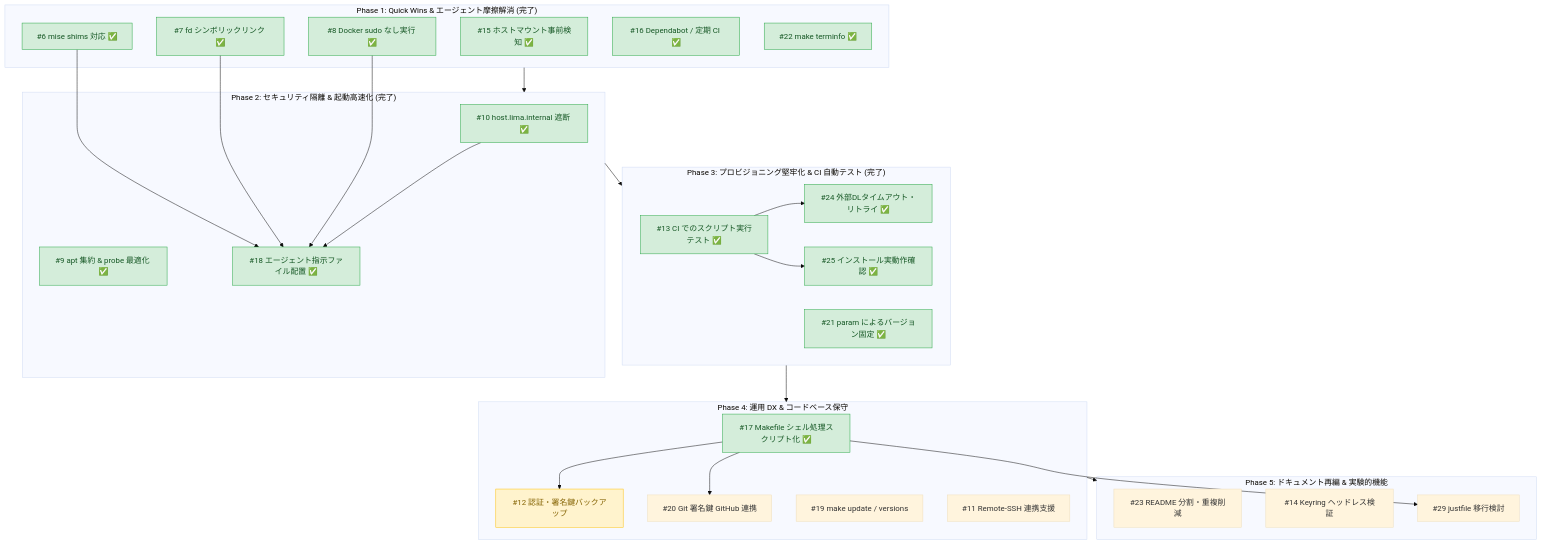
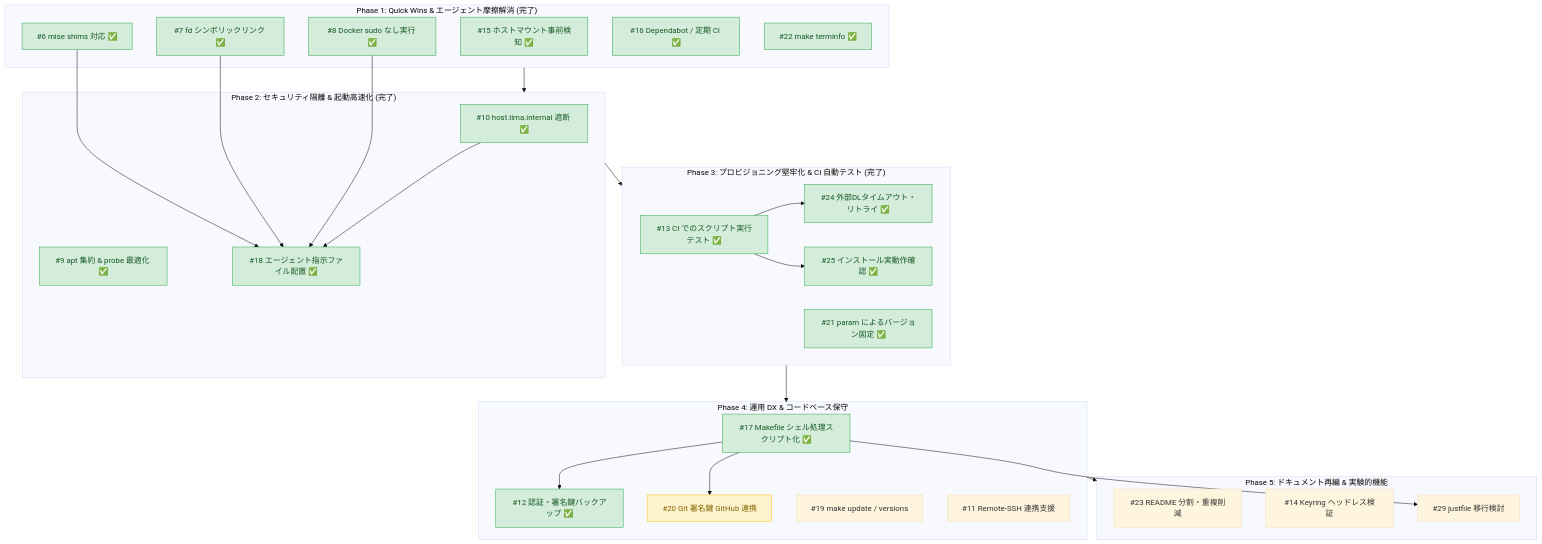
The diagram in docs/issue-prioritization.md (ikuy1203/lima-coding-sandbox), drawn with Mermaid (base theme) before and after one commit. The commit also changed other lines of this file and 7 other files, not shown here.

````diff
--- a/docs/issue-prioritization.md
+++ b/docs/issue-prioritization.md
@@ -92,57 +94,57 @@
 ```mermaid
 flowchart TD
     subgraph Phase1["Phase 1: Quick Wins & エージェント摩擦解消 (完了)"]
         I15["#15 ホストマウント事前検知 ✅"]
         I7["#7 fd シンボリックリンク ✅"]
         I8["#8 Docker sudo なし実行 ✅"]
         I6["#6 mise shims 対応 ✅"]
         I16["#16 Dependabot / 定期 CI ✅"]
         I22["#22 make terminfo ✅"]
     end
 
     subgraph Phase2["Phase 2: セキュリティ隔離 & 起動高速化 (完了)"]
         I10["#10 host.lima.internal 遮断 ✅"]
         I9["#9 apt 集約 & probe 最適化 ✅"]
         I18["#18 エージェント指示ファイル配置 ✅"]
     end
 
     subgraph Phase3["Phase 3: プロビジョニング堅牢化 & CI 自動テスト (完了)"]
         I13["#13 CI でのスクリプト実行テスト ✅"]
         I24["#24 外部DLタイムアウト・リトライ ✅"]
         I25["#25 インストール実動作確認 ✅"]
         I21["#21 param によるバージョン固定 ✅"]
     end
 
     subgraph Phase4["Phase 4: 運用 DX & コードベース保守"]
         I17["#17 Makefile シェル処理スクリプト化 ✅"]
-        I12["#12 認証・署名鍵バックアップ"]
+        I12["#12 認証・署名鍵バックアップ ✅"]
         I20["#20 Git 署名鍵 GitHub 連携"]
         I19["#19 make update / versions"]
         I11["#11 Remote-SSH 連携支援"]
     end
 
     subgraph Phase5["Phase 5: ドキュメント再編 & 実験的機能"]
         I23["#23 README 分割・重複削減"]
         I14["#14 Keyring ヘッドレス検証"]
         I29["#29 justfile 移行検討"]
     end
 
     Phase1 --> Phase2
     Phase2 --> Phase3
     Phase3 --> Phase4
     Phase4 --> Phase5
     I6 --> I18
     I7 --> I18
     I8 --> I18
     I10 --> I18
     I13 --> I24
     I13 --> I25
     I17 --> I12
     I17 --> I20
     I17 --> I29
 
     classDef done fill:#d4edda,stroke:#28a745,color:#155724
     classDef next fill:#fff3cd,stroke:#ffc107,color:#856404
-    class I15,I7,I8,I6,I16,I22,I10,I9,I18,I13,I24,I25,I21,I17 done
-    class I12 next
+    class I15,I7,I8,I6,I16,I22,I10,I9,I18,I13,I24,I25,I21,I17,I12 done
+    class I20 next
 ```
````
